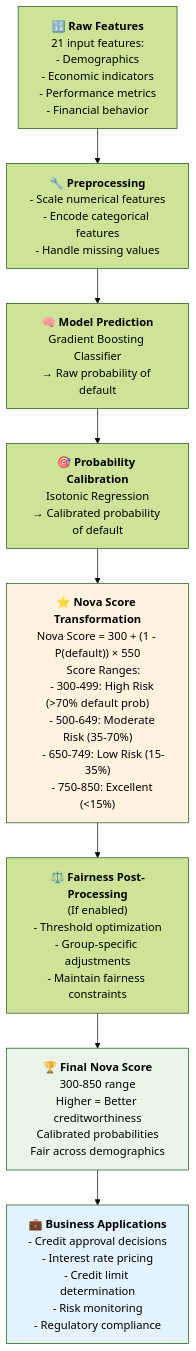
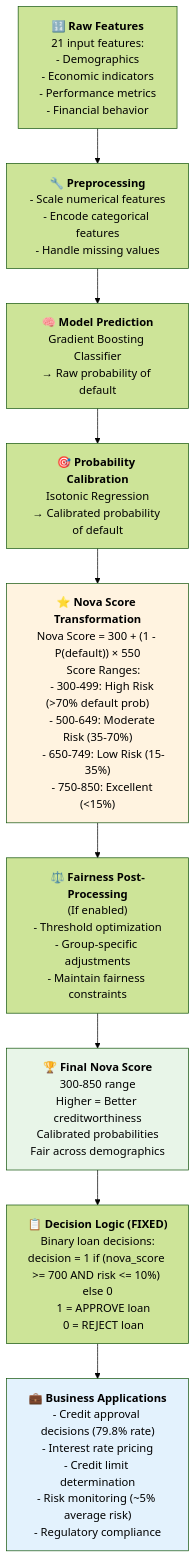
One commit to anibjee/project-nova-credit-scoring changed the ninth of 9 diagrams in PROJECT_NOVA_FLOWCHART.md. Above: the diagram before and after it, drawn with Mermaid (forest theme). The commit also changed other lines of this file and 13 other files, not shown here.

First line of the commit message:
Update flowchart with correct three-model approval rates

````diff
--- a/PROJECT_NOVA_FLOWCHART.md
+++ b/PROJECT_NOVA_FLOWCHART.md
@@ -650,55 +673,62 @@
 ```mermaid
 ---
 id: 44f1e135-e72d-4dd2-8008-31b12efdb5e6
 ---
 flowchart TD
     RAW_FEATURES["`🔢 **Raw Features**
     21 input features:
     - Demographics
     - Economic indicators
     - Performance metrics
     - Financial behavior`"] --> PREPROCESS_PIPE["`🔧 **Preprocessing**
     - Scale numerical features
     - Encode categorical features
     - Handle missing values`"]
     
     PREPROCESS_PIPE --> MODEL_PREDICT["`🧠 **Model Prediction**
     Gradient Boosting Classifier
     → Raw probability of default`"]
     
     MODEL_PREDICT --> CALIBRATION_STEP["`🎯 **Probability Calibration**
     Isotonic Regression
     → Calibrated probability of default`"]
     
     CALIBRATION_STEP --> NOVA_TRANSFORM["`⭐ **Nova Score Transformation**
     Nova Score = 300 + (1 - P(default)) × 550
     
     Score Ranges:
     - 300-499: High Risk (>70% default prob)
     - 500-649: Moderate Risk (35-70%)
     - 650-749: Low Risk (15-35%)
     - 750-850: Excellent (<15%)`"]
     
     NOVA_TRANSFORM --> FAIRNESS_POST["`⚖️ **Fairness Post-Processing**
     (If enabled)
     - Threshold optimization
     - Group-specific adjustments
     - Maintain fairness constraints`"]
     
     FAIRNESS_POST --> FINAL_SCORE["`🏆 **Final Nova Score**
     300-850 range
     Higher = Better creditworthiness
     Calibrated probabilities
     Fair across demographics`"]
     
-    FINAL_SCORE --> BUSINESS_APPS["`💼 **Business Applications**
-    - Credit approval decisions
+    FINAL_SCORE --> DECISION_LOGIC["`📋 **Decision Logic (FIXED)**
+    Binary loan decisions:
+    decision = 1 if (nova_score >= 700 AND risk <= 10%) else 0
+    
+    1 = APPROVE loan
+    0 = REJECT loan`"]
+    
+    DECISION_LOGIC --> BUSINESS_APPS["`💼 **Business Applications**
+    - Credit approval decisions (79.8% rate)
     - Interest rate pricing
     - Credit limit determination
-    - Risk monitoring
+    - Risk monitoring (~5% average risk)
     - Regulatory compliance`"]
     
     style NOVA_TRANSFORM fill:#fff3e0
     style FINAL_SCORE fill:#e8f5e8
     style BUSINESS_APPS fill:#e3f2fd
 ```
````
